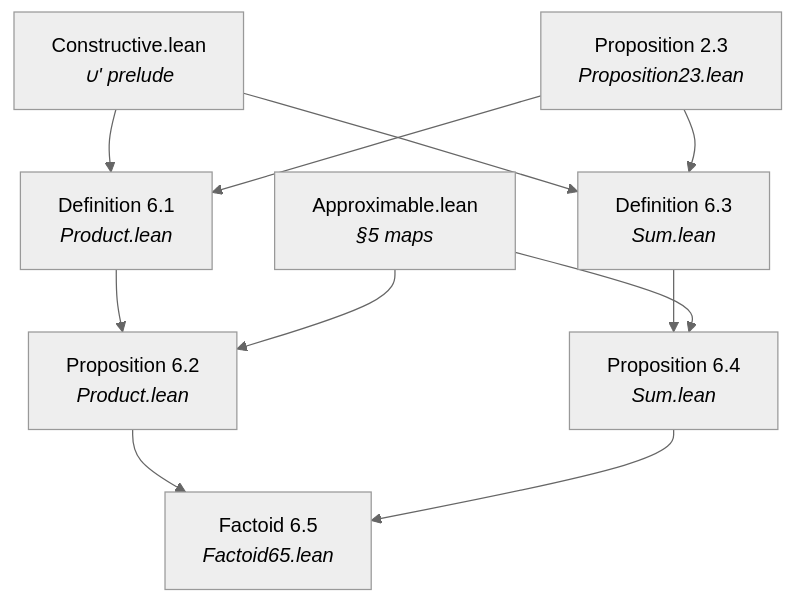
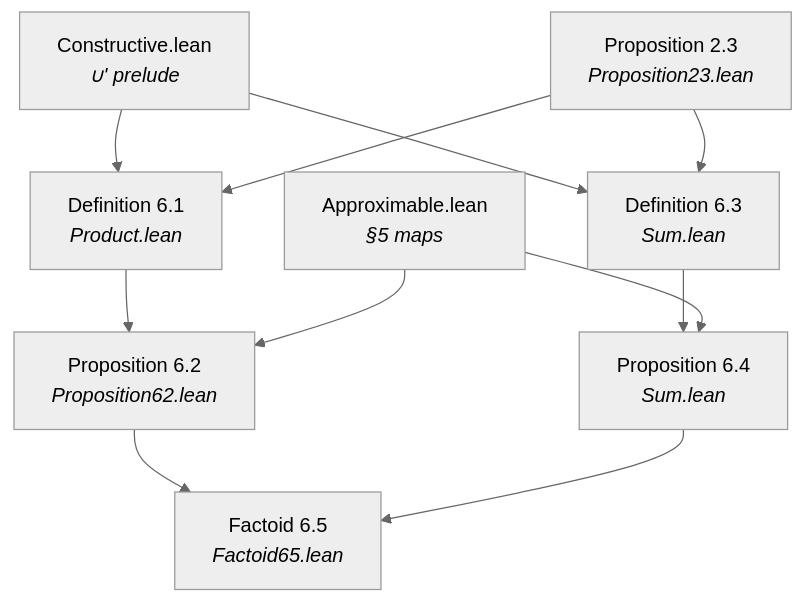
The eighth of 10 diagrams in arxiv.md (catskillsresearch/scott1982), drawn with Mermaid (neutral theme) before and after one commit. The commit also changed other lines of this file and 4 other files, not shown here.

````diff
--- a/arxiv.md
+++ b/arxiv.md
@@ -448,21 +448,21 @@
 ```mermaid
 flowchart TD
   C["Constructive.lean<br/><i>∪' prelude</i>"]
   P23["Proposition 2.3<br/><i>Proposition23.lean</i>"]
   Ap["Approximable.lean<br/><i>§5 maps</i>"]
   D61["Definition 6.1<br/><i>Product.lean</i>"]
-  P62["Proposition 6.2<br/><i>Product.lean</i>"]
+  P62["Proposition 6.2<br/><i>Proposition62.lean</i>"]
   D63["Definition 6.3<br/><i>Sum.lean</i>"]
   P64["Proposition 6.4<br/><i>Sum.lean</i>"]
   F65["Factoid 6.5<br/><i>Factoid65.lean</i>"]
   C --> D61
   P23 --> D61
   D61 --> P62
   Ap --> P62
   C --> D63
   P23 --> D63
   D63 --> P64
   Ap --> P64
   P62 --> F65
   P64 --> F65
 ```
````
